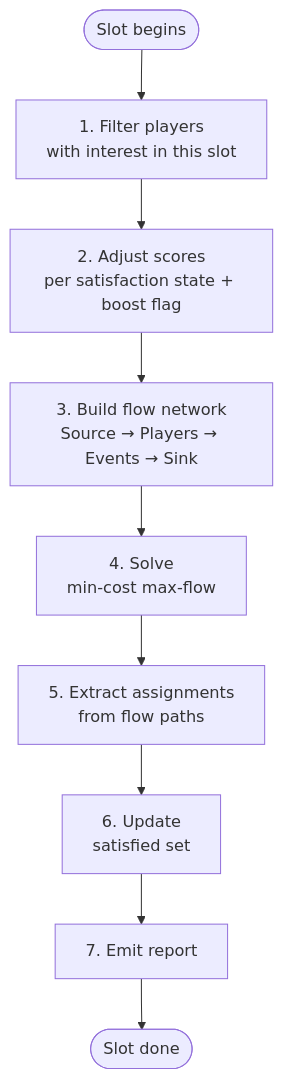
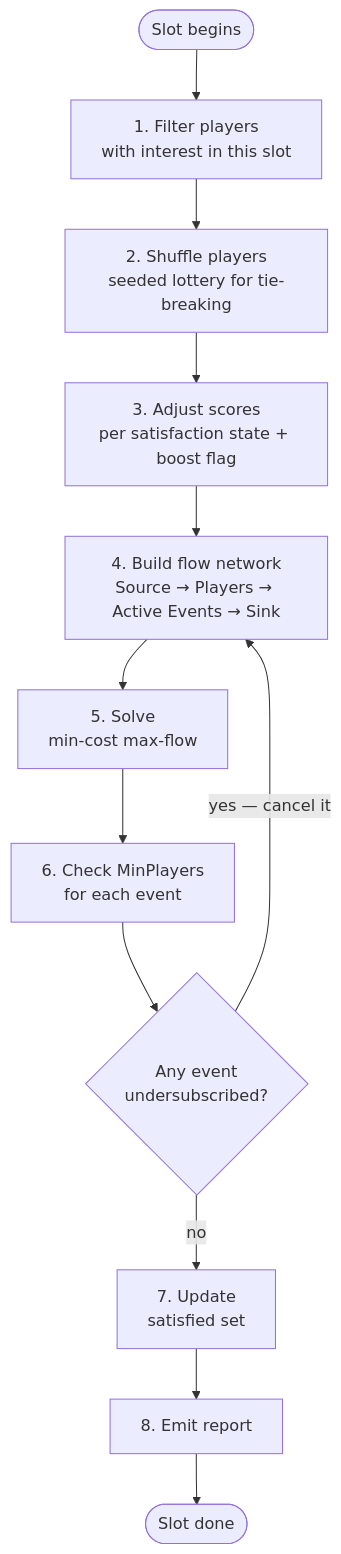
One commit to OskarLeirvaag/Puljefordeling changed the second of 5 diagrams in ALGORITHM.md. Above: the diagram before and after it, drawn with Mermaid. The commit also changed other lines of this file and 1 other file, not shown here.

````diff
--- a/ALGORITHM.md
+++ b/ALGORITHM.md
@@ -53,11 +53,14 @@
 ```mermaid
 flowchart TD
     A([Slot begins]) --> B[1. Filter players\nwith interest in this slot]
-    B --> C[2. Adjust scores\nper satisfaction state + boost flag]
-    C --> D[3. Build flow network\nSource → Players → Events → Sink]
-    D --> E[4. Solve\nmin-cost max-flow]
-    E --> F[5. Extract assignments\nfrom flow paths]
-    F --> G[6. Update\nsatisfied set]
-    G --> H[7. Emit report]
-    H --> End([Slot done])
+    B --> C[2. Shuffle players\nseeded lottery for tie-breaking]
+    C --> D[3. Adjust scores\nper satisfaction state + boost flag]
+    D --> E[4. Build flow network\nSource → Players → Active Events → Sink]
+    E --> F[5. Solve\nmin-cost max-flow]
+    F --> G[6. Check MinPlayers\nfor each event]
+    G --> H{Any event\nundersubscribed?}
+    H -->|yes — cancel it| E
+    H -->|no| I[7. Update\nsatisfied set]
+    I --> J[8. Emit report]
+    J --> End([Slot done])
 ```
````
